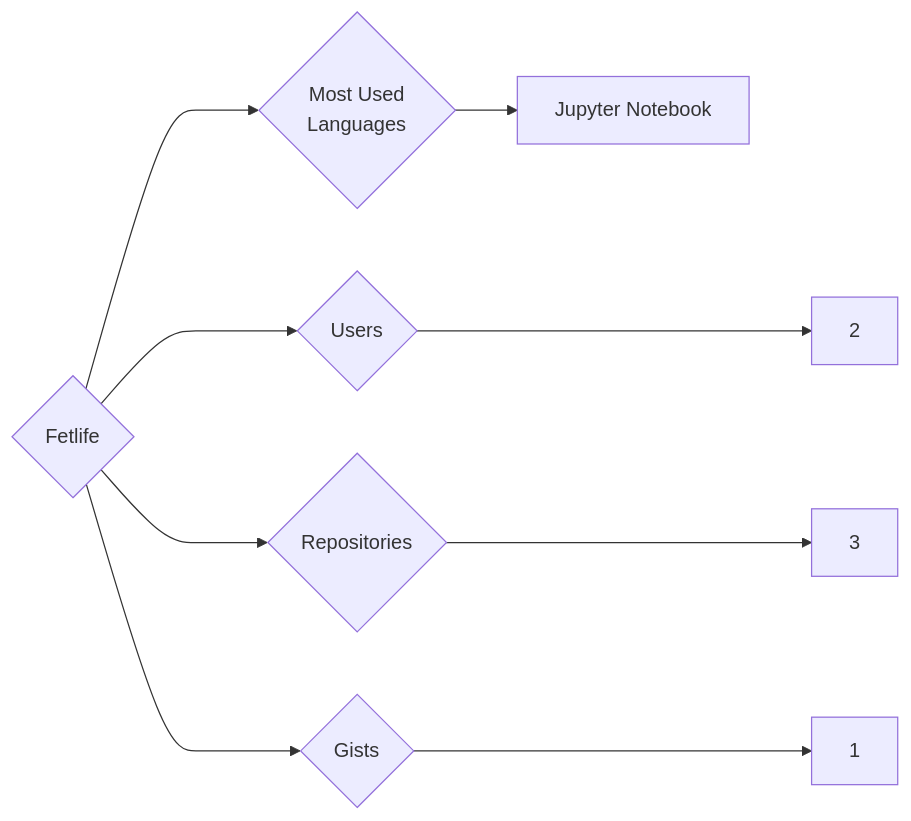
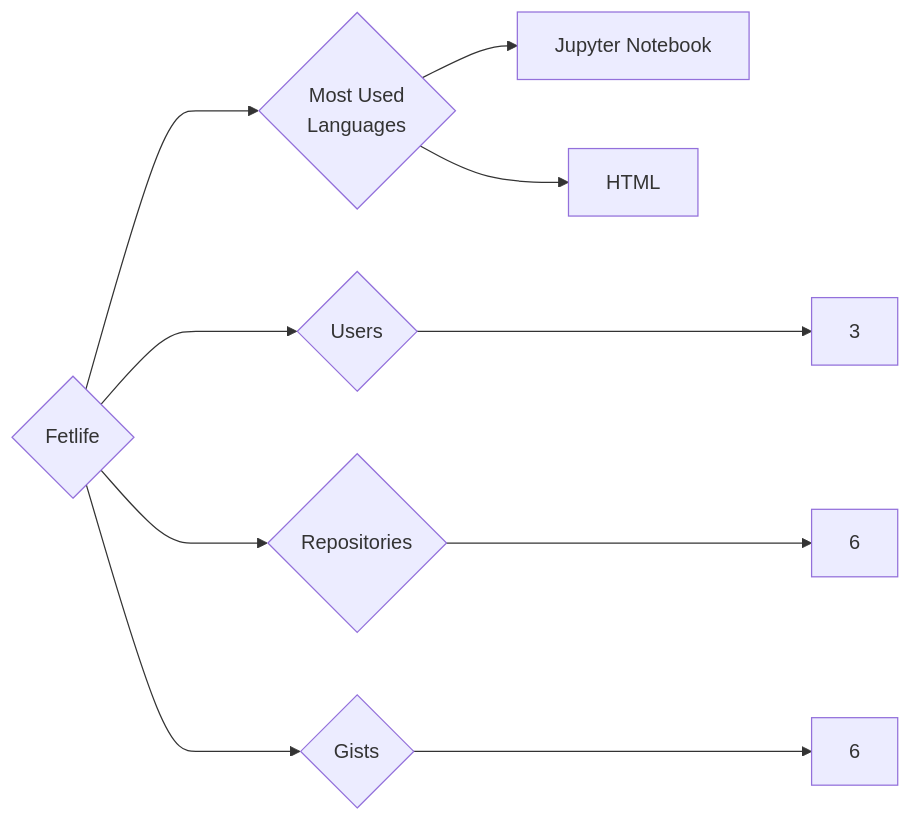
One commit to trickest/insiders changed the diagram in targets/Fetlife/README.md. Above: the diagram before and after it, drawn with Mermaid. The commit also changed 1023 other files, not shown here.

````diff
--- a/targets/Fetlife/README.md
+++ b/targets/Fetlife/README.md
@@ -3,9 +3,10 @@
 ```mermaid
 graph LR
 COMPANY_NAME{Fetlife}
-COMPANY_NAME ---> U{Users} ---> UN[2]
-COMPANY_NAME ---> R{Repositories} ---> RN[3]
-COMPANY_NAME ---> G{Gists} ---> GN[1]
+COMPANY_NAME ---> U{Users} ---> UN[3]
+COMPANY_NAME ---> R{Repositories} ---> RN[6]
+COMPANY_NAME ---> G{Gists} ---> GN[6]
 COMPANY_NAME ---> ML{Most Used<br>Languages}
 ML --> Jupyter_Notebook[Jupyter Notebook]
+ML --> HTML[HTML]
 ```
````
